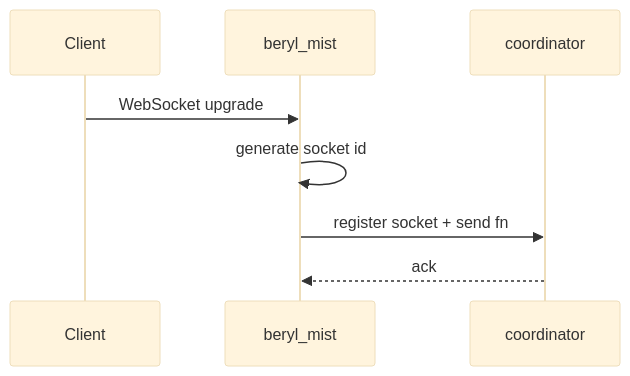
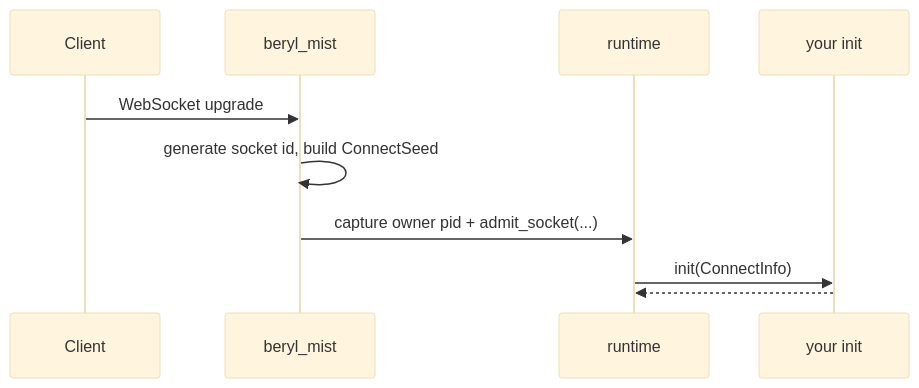
Before and after one commit to tylerbutler/beryl: the first of 6 diagrams in website/src/content/docs/architecture/message-lifecycle.md, drawn with Mermaid (base theme). The commit also changed other lines of this file and 90 other files, not shown here.

````diff
--- a/website/src/content/docs/architecture/message-lifecycle.md
+++ b/website/src/content/docs/architecture/message-lifecycle.md
@@ -11,10 +11,12 @@
 ```mermaid
 sequenceDiagram
   participant Client
   participant Mist as beryl_mist
-  participant Coord as coordinator
+  participant RT as runtime
+  participant App as your init
   Client->>Mist: WebSocket upgrade
-  Mist->>Mist: generate socket id
-  Mist->>Coord: register socket + send fn
-  Coord-->>Mist: ack
+  Mist->>Mist: generate socket id, build ConnectSeed
+  Mist->>RT: capture owner pid + admit_socket(...)
+  RT->>App: init(ConnectInfo)
+  App-->>RT: #(model, effects)
 ```
````
